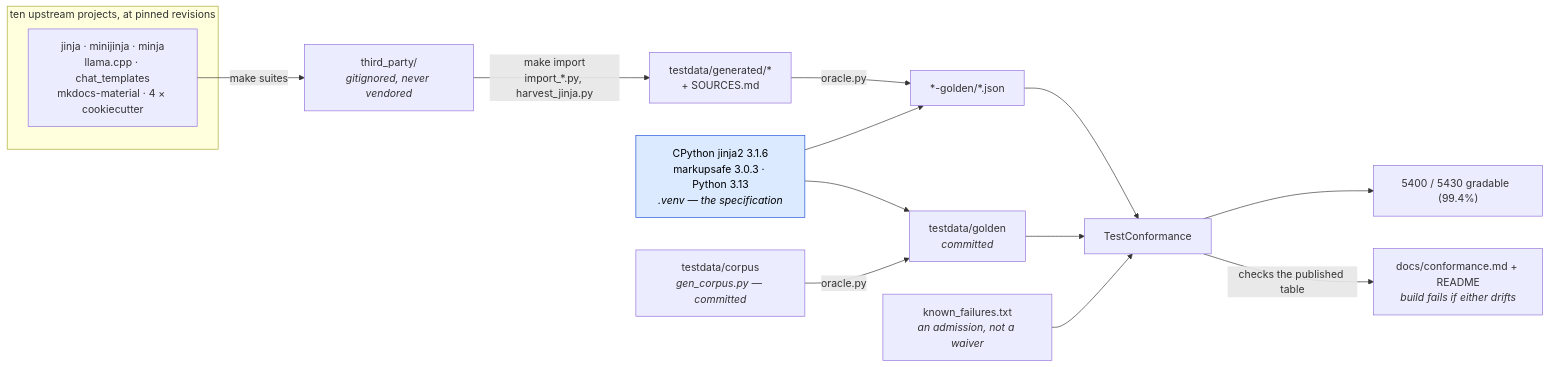
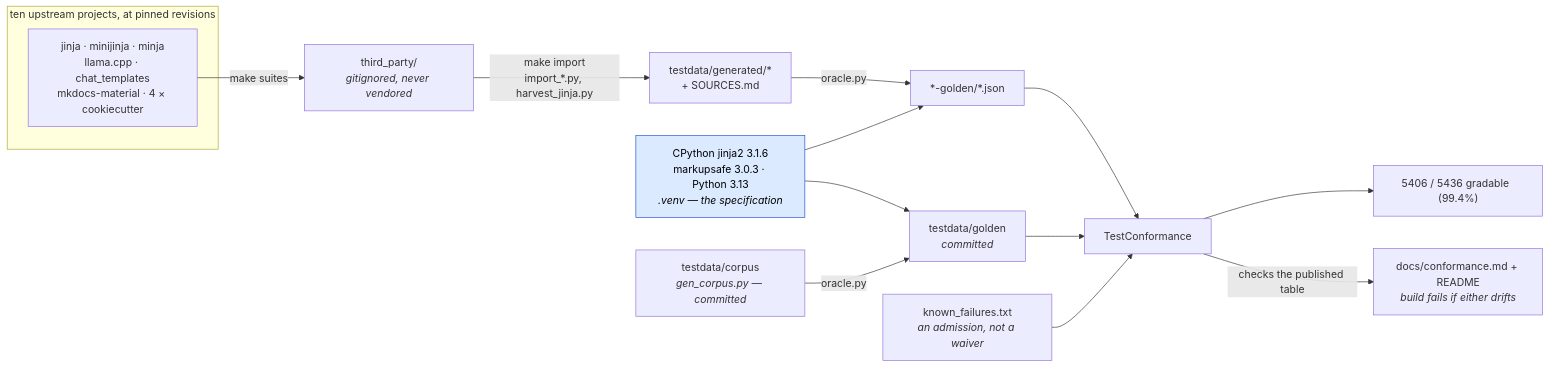
Before and after one commit to mgilbir/gojja2: the first of 2 diagrams in docs/conformance.md, drawn with Mermaid. The commit also changed other lines of this file and 22 other files, not shown here.

````diff
--- a/docs/conformance.md
+++ b/docs/conformance.md
@@ -17,24 +17,24 @@
 ```mermaid
 flowchart LR
     subgraph up["ten upstream projects, at pinned revisions"]
         U1["jinja · minijinja · minja<br/>llama.cpp · chat_templates<br/>mkdocs-material · 4 × cookiecutter"]
     end
     U1 -->|"make suites"| TP["third_party/<br/><i>gitignored, never vendored</i>"]
     TP -->|"make import<br/>import_*.py, harvest_jinja.py"| GEN["testdata/generated/*<br/>+ SOURCES.md"]
 
     ORA["CPython jinja2 3.1.6<br/>markupsafe 3.0.3 · Python 3.13<br/><i>.venv — the specification</i>"]
     GEN -->|"oracle.py"| G2["*-golden/*.json"]
     ORA --> G2
 
     OWN["testdata/corpus<br/><i>gen_corpus.py — committed</i>"] -->|"oracle.py"| G1["testdata/golden<br/><i>committed</i>"]
     ORA --> G1
 
     G1 --> TC["TestConformance"]
     G2 --> TC
     KF["known_failures.txt<br/><i>an admission, not a waiver</i>"] --> TC
-    TC --> RATE["5400 / 5430 gradable  (99.4%)"]
+    TC --> RATE["5406 / 5436 gradable  (99.4%)"]
     TC -->|"checks the published table"| RM["docs/conformance.md + README<br/><i>build fails if either drifts</i>"]
 
     classDef spec fill:#dbeafe,stroke:#1d4ed8,color:#000
     class ORA spec
 ```
````
